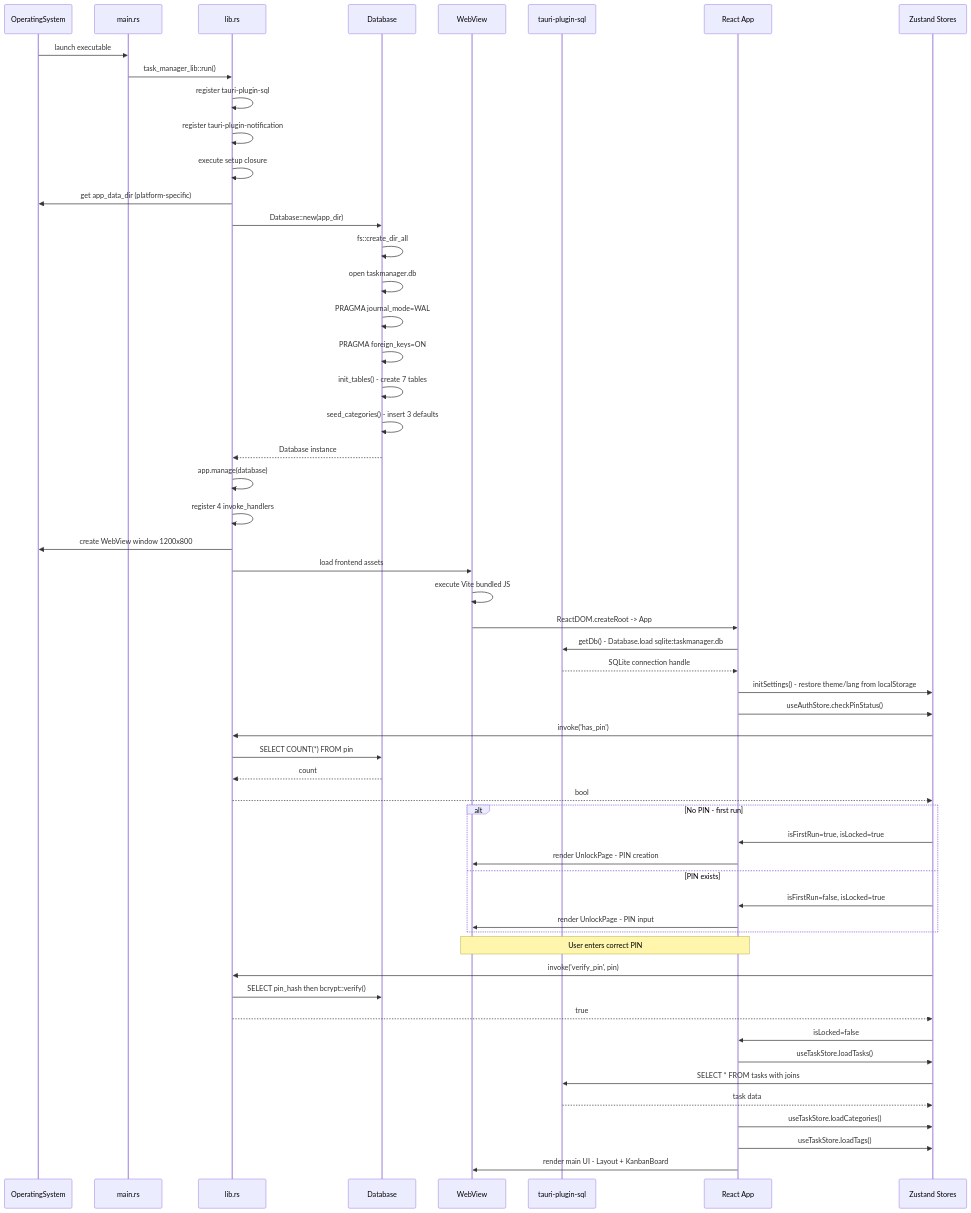
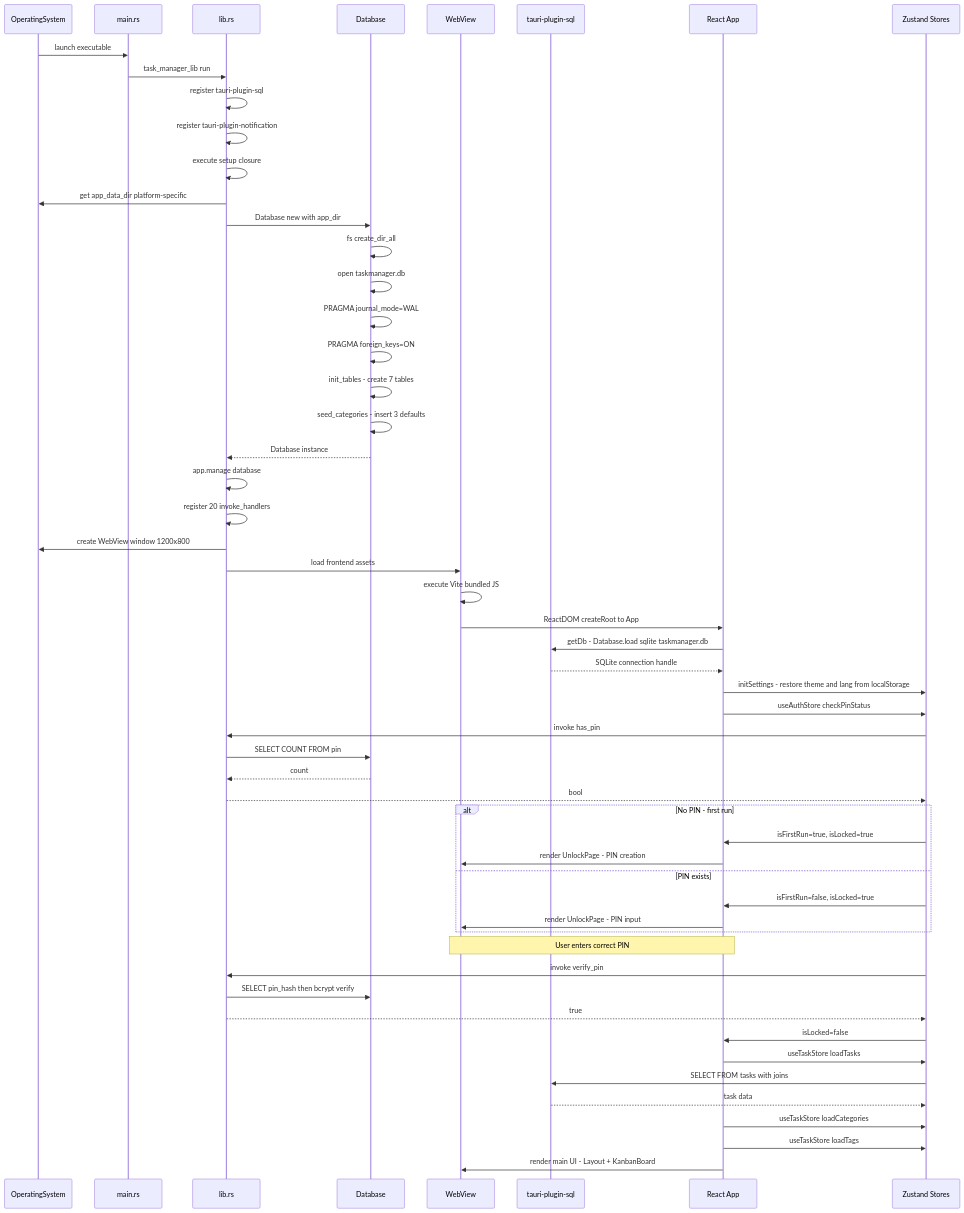
Before and after one commit to kindywu/task-manager: the second of 12 diagrams in docs/ARCHITECTURE.md, drawn with Mermaid. The commit also changed other lines of this file and 1 other file, not shown here.

````diff
--- a/docs/ARCHITECTURE.md
+++ b/docs/ARCHITECTURE.md
@@ -326,61 +333,61 @@
 ```mermaid
 sequenceDiagram
     participant OS as OperatingSystem
     participant BIN as main.rs
     participant LIB as lib.rs
     participant DB as Database
     participant WV as WebView
     participant PLUGIN as tauri-plugin-sql
     participant REACT as React App
     participant STORE as Zustand Stores
 
     OS->>BIN: launch executable
-    BIN->>LIB: task_manager_lib::run()
+    BIN->>LIB: task_manager_lib run
     LIB->>LIB: register tauri-plugin-sql
     LIB->>LIB: register tauri-plugin-notification
     LIB->>LIB: execute setup closure
-    LIB->>OS: get app_data_dir (platform-specific)
-    LIB->>DB: Database::new(app_dir)
-    DB->>DB: fs::create_dir_all
+    LIB->>OS: get app_data_dir platform-specific
+    LIB->>DB: Database new with app_dir
+    DB->>DB: fs create_dir_all
     DB->>DB: open taskmanager.db
     DB->>DB: PRAGMA journal_mode=WAL
     DB->>DB: PRAGMA foreign_keys=ON
-    DB->>DB: init_tables() - create 7 tables
-    DB->>DB: seed_categories() - insert 3 defaults
+    DB->>DB: init_tables - create 7 tables
+    DB->>DB: seed_categories - insert 3 defaults
     DB-->>LIB: Database instance
-    LIB->>LIB: app.manage(database)
-    LIB->>LIB: register 4 invoke_handlers
+    LIB->>LIB: app.manage database
+    LIB->>LIB: register 20 invoke_handlers
     LIB->>OS: create WebView window 1200x800
     LIB->>WV: load frontend assets
     WV->>WV: execute Vite bundled JS
-    WV->>REACT: ReactDOM.createRoot -> App
-    REACT->>PLUGIN: getDb() - Database.load sqlite:taskmanager.db
+    WV->>REACT: ReactDOM createRoot to App
+    REACT->>PLUGIN: getDb - Database.load sqlite taskmanager.db
     PLUGIN-->>REACT: SQLite connection handle
-    REACT->>STORE: initSettings() - restore theme/lang from localStorage
-    REACT->>STORE: useAuthStore.checkPinStatus()
-    STORE->>LIB: invoke('has_pin')
-    LIB->>DB: SELECT COUNT(*) FROM pin
+    REACT->>STORE: initSettings - restore theme and lang from localStorage
+    REACT->>STORE: useAuthStore checkPinStatus
+    STORE->>LIB: invoke has_pin
+    LIB->>DB: SELECT COUNT FROM pin
     DB-->>LIB: count
     LIB-->>STORE: bool
 
     alt No PIN - first run
         STORE->>REACT: isFirstRun=true, isLocked=true
         REACT->>WV: render UnlockPage - PIN creation
     else PIN exists
         STORE->>REACT: isFirstRun=false, isLocked=true
         REACT->>WV: render UnlockPage - PIN input
     end
 
     Note over REACT,WV: User enters correct PIN
 
-    STORE->>LIB: invoke('verify_pin', pin)
-    LIB->>DB: SELECT pin_hash then bcrypt::verify()
+    STORE->>LIB: invoke verify_pin
+    LIB->>DB: SELECT pin_hash then bcrypt verify
     LIB-->>STORE: true
     STORE->>REACT: isLocked=false
-    REACT->>STORE: useTaskStore.loadTasks()
-    STORE->>PLUGIN: SELECT * FROM tasks with joins
+    REACT->>STORE: useTaskStore loadTasks
+    STORE->>PLUGIN: SELECT FROM tasks with joins
     PLUGIN-->>STORE: task data
-    REACT->>STORE: useTaskStore.loadCategories()
-    REACT->>STORE: useTaskStore.loadTags()
+    REACT->>STORE: useTaskStore loadCategories
+    REACT->>STORE: useTaskStore loadTags
     REACT->>WV: render main UI - Layout + KanbanBoard
 ```
````
